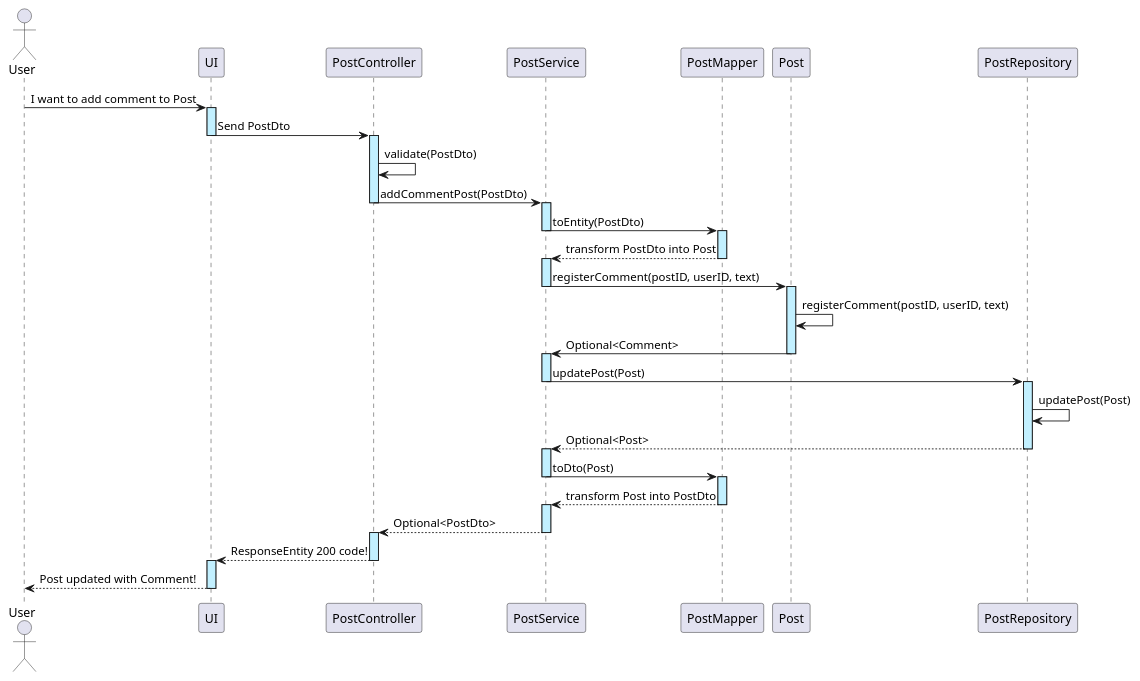
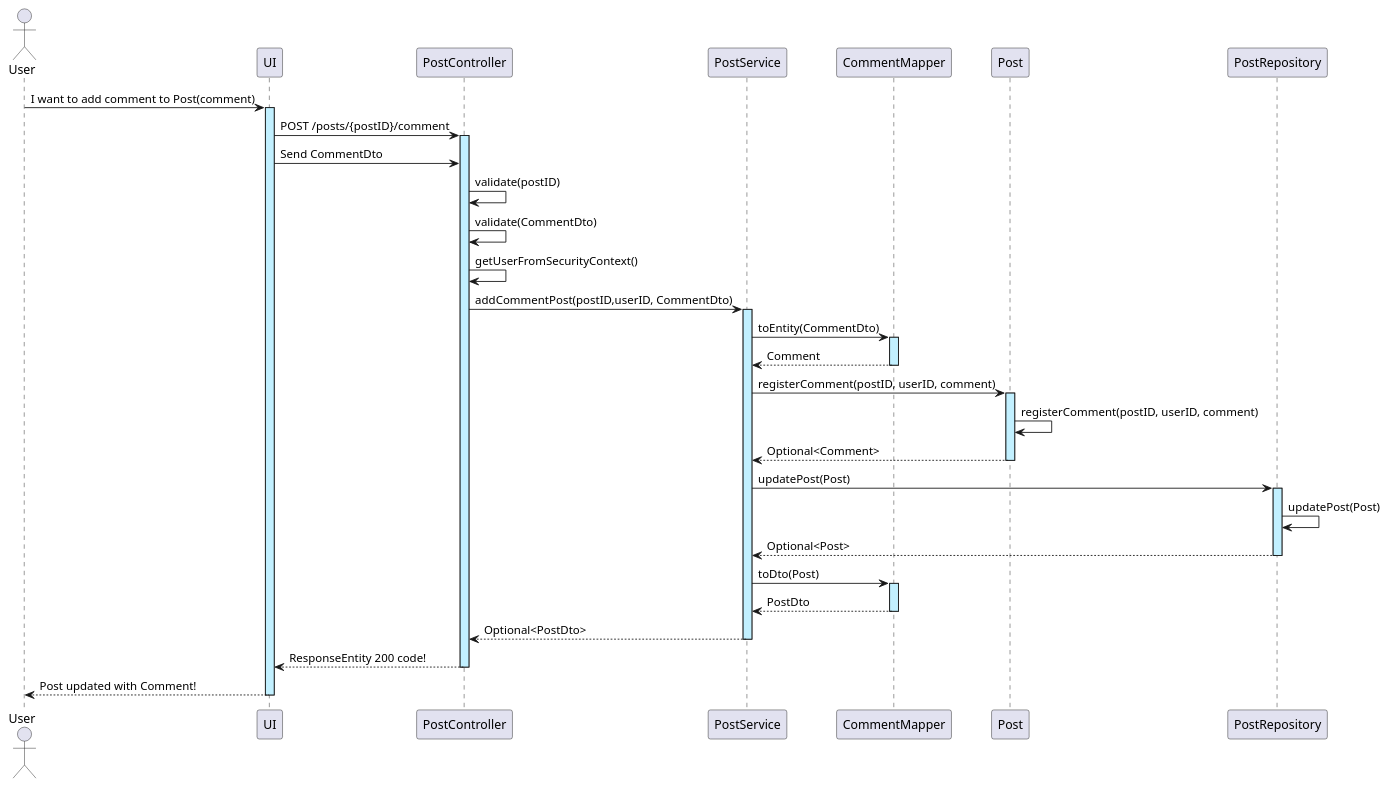
One commit to implaymo/Social-Media-Platform changed the diagram in Diagrams/US02/SD/US_02_addComment_SD.puml. Above: the diagram before and after it, drawn with PlantUML. The commit also changed 1 other file, not shown here.

Commit message:
Improve addLike and addComment sequence diagram.

```diff
--- a/Diagrams/US02/SD/US_02_addComment_SD.puml
+++ b/Diagrams/US02/SD/US_02_addComment_SD.puml
@@ -1,25 +1,26 @@
 @startuml
-
 
 actor User
 
-User -> UI ++ #application: I want to add comment to Post
-UI -> PostController --++ #application : Send PostDto
-PostController -> PostController #application: validate(PostDto)
-PostController -> PostService --++ #application: addCommentPost(PostDto)
-PostService -> PostMapper --++ #application: toEntity(PostDto)
-PostMapper --> PostService --++ #application: transform PostDto into Post
-PostService -> Post --++ #application: registerComment(postID, userID, text)
-Post -> Post #application: registerComment(postID, userID, text)
-Post -> PostService --++ #application: Optional<Comment>
-PostService -> PostRepository --++ #application: updatePost(Post)
-PostRepository -> PostRepository #application: updatePost(Post)
-PostRepository --> PostService --++ #application: Optional<Post>
-PostService -> PostMapper --++ #application: toDto(Post)
-PostMapper --> PostService --++ #application: transform Post into PostDto
-PostService --> PostController --++ #application: Optional<PostDto>
-PostController --> UI --++ #application: ResponseEntity 200 code!
-UI --> User -- #application: Post updated with Comment!
-
+User -> UI ++ #application: I want to add comment to Post(comment)
+UI -> PostController ++ #application: POST /posts/{postID}/comment
+UI -> PostController: Send CommentDto
+PostController -> PostController: validate(postID)
+PostController -> PostController: validate(CommentDto)
+PostController -> PostController: getUserFromSecurityContext()
+PostController -> PostService ++ #application: addCommentPost(postID,userID, CommentDto)
+PostService -> CommentMapper ++ #application: toEntity(CommentDto)
+CommentMapper --> PostService --: Comment
+PostService -> Post ++ #application: registerComment(postID, userID, comment)
+Post -> Post: registerComment(postID, userID, comment)
+Post --> PostService --: Optional<Comment>
+PostService -> PostRepository ++ #application: updatePost(Post)
+PostRepository -> PostRepository: updatePost(Post)
+PostRepository --> PostService --: Optional<Post>
+PostService -> CommentMapper ++ #application: toDto(Post)
+CommentMapper --> PostService --: PostDto
+PostService --> PostController --: Optional<PostDto>
+PostController --> UI --: ResponseEntity 200 code!
+UI --> User --: Post updated with Comment!
 
 @enduml
```
